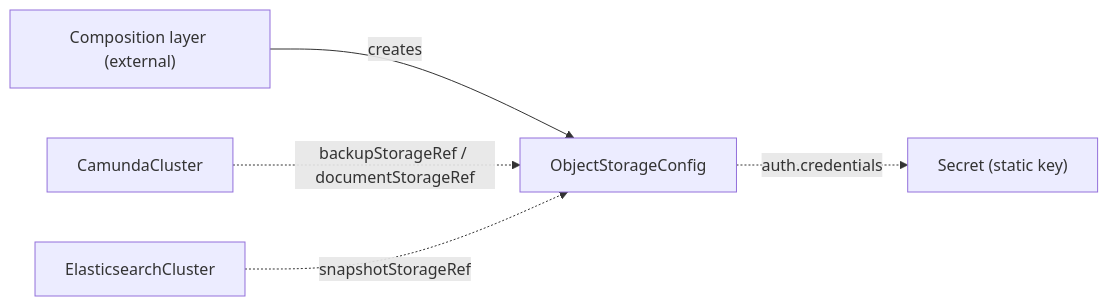
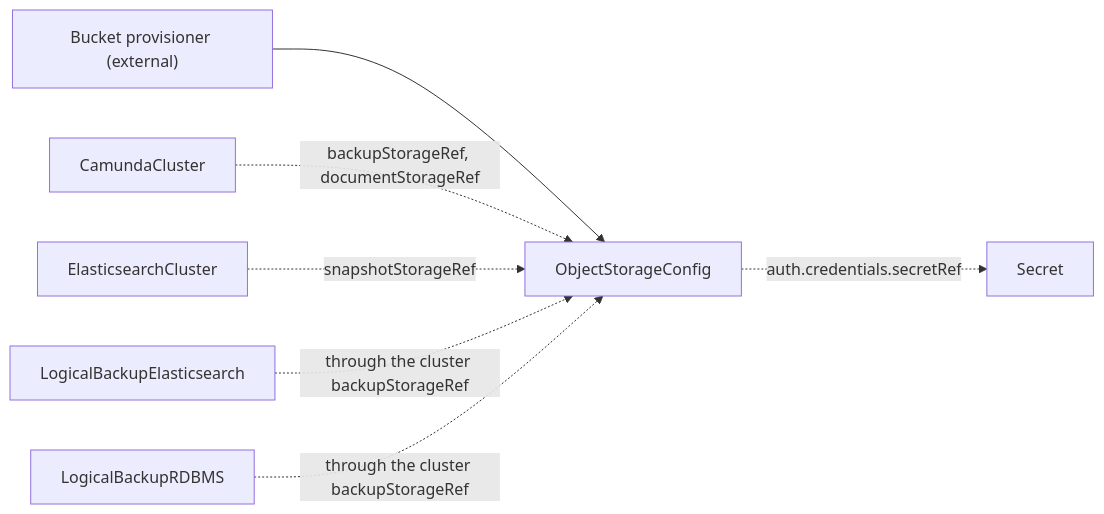
Before and after one commit to konsole-is/camunda-operator: the diagram in docs/crds/objectstorageconfig.md, drawn with Mermaid. The commit also changed other lines of this file and 30 other files, not shown here.

````diff
--- a/docs/crds/objectstorageconfig.md
+++ b/docs/crds/objectstorageconfig.md
@@ -57,7 +23,9 @@
 ```mermaid
 graph LR
-    COMP["Composition layer (external)"] -->|creates| OSC[ObjectStorageConfig]
-    CC[CamundaCluster] -.->|"backupStorageRef / documentStorageRef"| OSC
+    EXT["Bucket provisioner (external)"] --> OSC[ObjectStorageConfig]
+    OSC -.->|auth.credentials.secretRef| SEC[Secret]
+    CC[CamundaCluster] -.->|backupStorageRef, documentStorageRef| OSC
     EC[ElasticsearchCluster] -.->|snapshotStorageRef| OSC
-    OSC -.->|auth.credentials| SEC["Secret (static key)"]
+    LBE[LogicalBackupElasticsearch] -.->|through the cluster backupStorageRef| OSC
+    LBR[LogicalBackupRDBMS] -.->|through the cluster backupStorageRef| OSC
 ```
````
